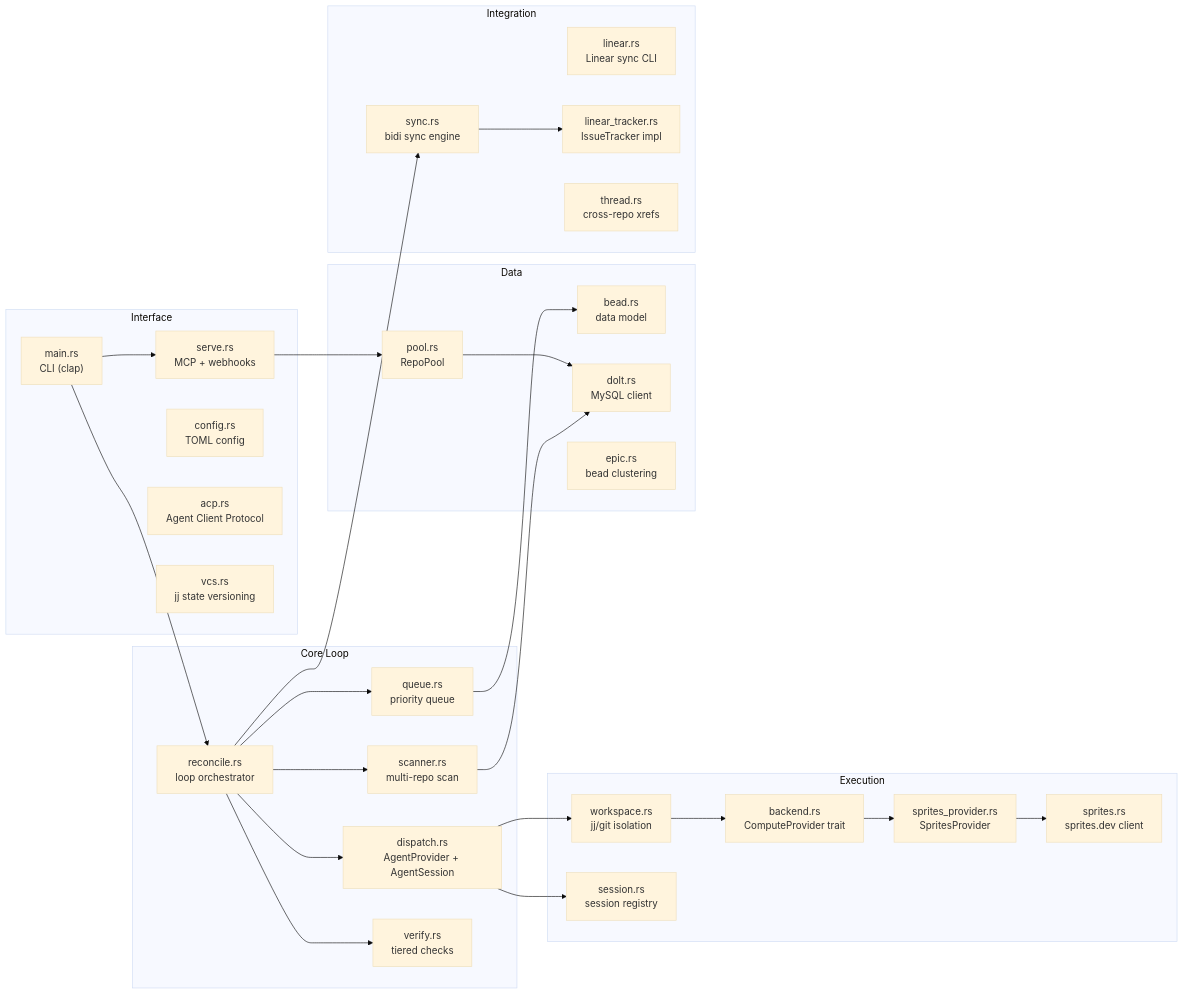
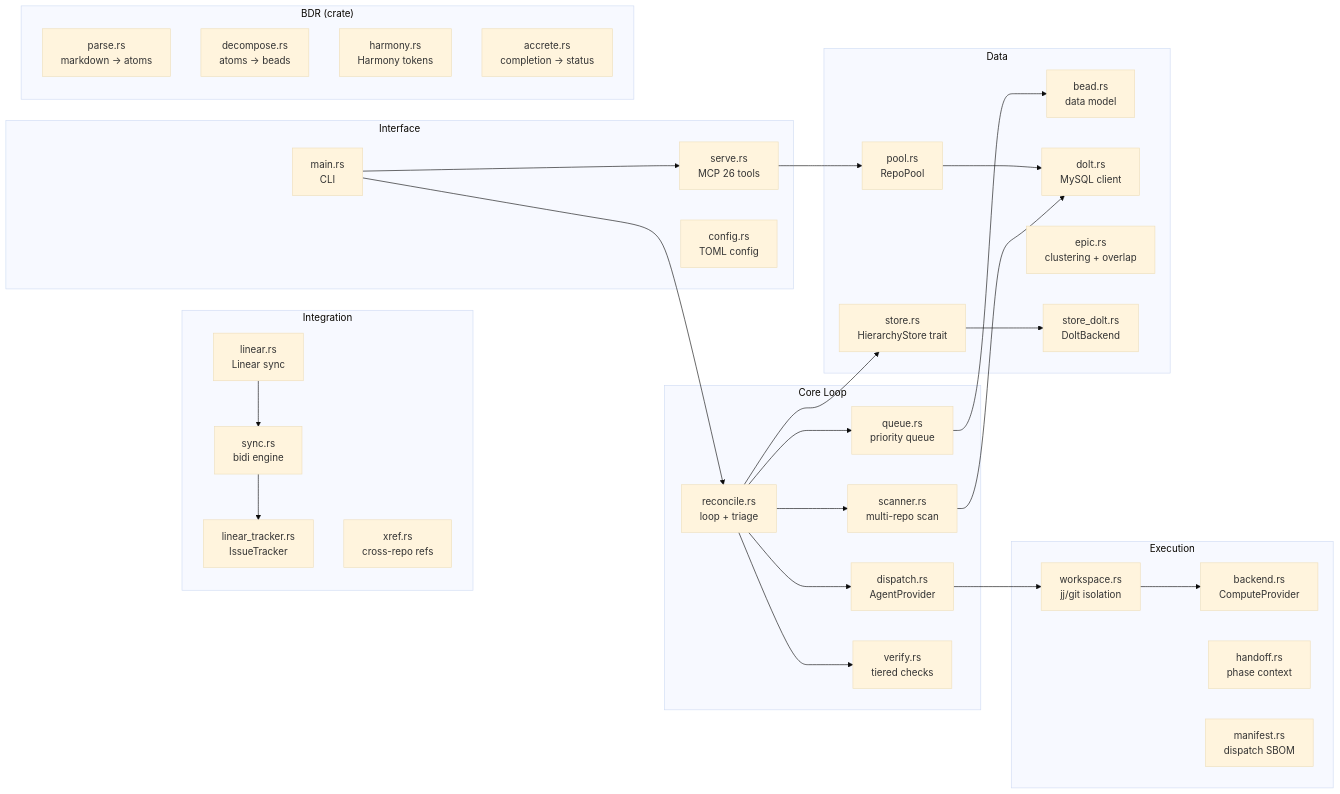
The seventh of 9 diagrams in docs/ARCHITECTURE.md (agentic-research/rosary), drawn with Mermaid (base theme) before and after one commit. The commit also changed other lines of this file and 1 other file, not shown here.

First line of the commit message:
docs: rewrite ARCHITECTURE.md — BDR lattice, conductor, 26 tools

````diff
--- a/docs/ARCHITECTURE.md
+++ b/docs/ARCHITECTURE.md
@@ -92,51 +182,55 @@
 ```mermaid
 graph LR
     subgraph "Core Loop"
-        reconcile["reconcile.rs<br/>loop orchestrator"]
+        reconcile["reconcile.rs<br/>loop + triage"]
         scanner["scanner.rs<br/>multi-repo scan"]
         queue["queue.rs<br/>priority queue"]
-        dispatch["dispatch.rs<br/>AgentProvider + AgentSession"]
+        dispatch["dispatch.rs<br/>AgentProvider"]
         verify["verify.rs<br/>tiered checks"]
     end
 
     subgraph "Execution"
-        backend["backend.rs<br/>ComputeProvider trait"]
         workspace["workspace.rs<br/>jj/git isolation"]
-        session["session.rs<br/>session registry"]
-        sprites["sprites.rs<br/>sprites.dev client"]
-        sprites_prov["sprites_provider.rs<br/>SpritesProvider"]
+        backend["backend.rs<br/>ComputeProvider"]
+        handoff["handoff.rs<br/>phase context"]
+        manifest["manifest.rs<br/>dispatch SBOM"]
     end
 
     subgraph "Data"
         bead["bead.rs<br/>data model"]
         dolt["dolt.rs<br/>MySQL client"]
         pool["pool.rs<br/>RepoPool"]
-        epic["epic.rs<br/>bead clustering"]
+        epic["epic.rs<br/>clustering + overlap"]
+        store["store.rs<br/>HierarchyStore trait"]
+        store_dolt["store_dolt.rs<br/>DoltBackend"]
     end
 
     subgraph "Integration"
-        linear["linear.rs<br/>Linear sync CLI"]
-        linear_tracker["linear_tracker.rs<br/>IssueTracker impl"]
-        sync["sync.rs<br/>bidi sync engine"]
-        thread["thread.rs<br/>cross-repo xrefs"]
+        linear["linear.rs<br/>Linear sync"]
+        linear_tracker["linear_tracker.rs<br/>IssueTracker"]
+        sync["sync.rs<br/>bidi engine"]
+        xref["xref.rs<br/>cross-repo refs"]
     end
 
     subgraph "Interface"
-        main["main.rs<br/>CLI (clap)"]
-        serve["serve.rs<br/>MCP + webhooks"]
+        main["main.rs<br/>CLI"]
+        serve["serve.rs<br/>MCP 26 tools"]
         config["config.rs<br/>TOML config"]
-        acp["acp.rs<br/>Agent Client Protocol"]
-        vcs["vcs.rs<br/>jj state versioning"]
+    end
+
+    subgraph "BDR (crate)"
+        bdr_parse["parse.rs<br/>markdown → atoms"]
+        bdr_decompose["decompose.rs<br/>atoms → beads"]
+        bdr_harmony["harmony.rs<br/>Harmony tokens"]
+        bdr_accrete["accrete.rs<br/>completion → status"]
     end
 
     reconcile --> scanner --> dolt
     reconcile --> queue --> bead
     reconcile --> dispatch --> workspace --> backend
-    dispatch --> session
-    backend --> sprites_prov --> sprites
     reconcile --> verify
-    reconcile --> sync --> linear_tracker
+    reconcile --> store --> store_dolt
     serve --> pool --> dolt
-    main --> reconcile
-    main --> serve
+    linear --> sync --> linear_tracker
+    main --> reconcile & serve
 ```
````
